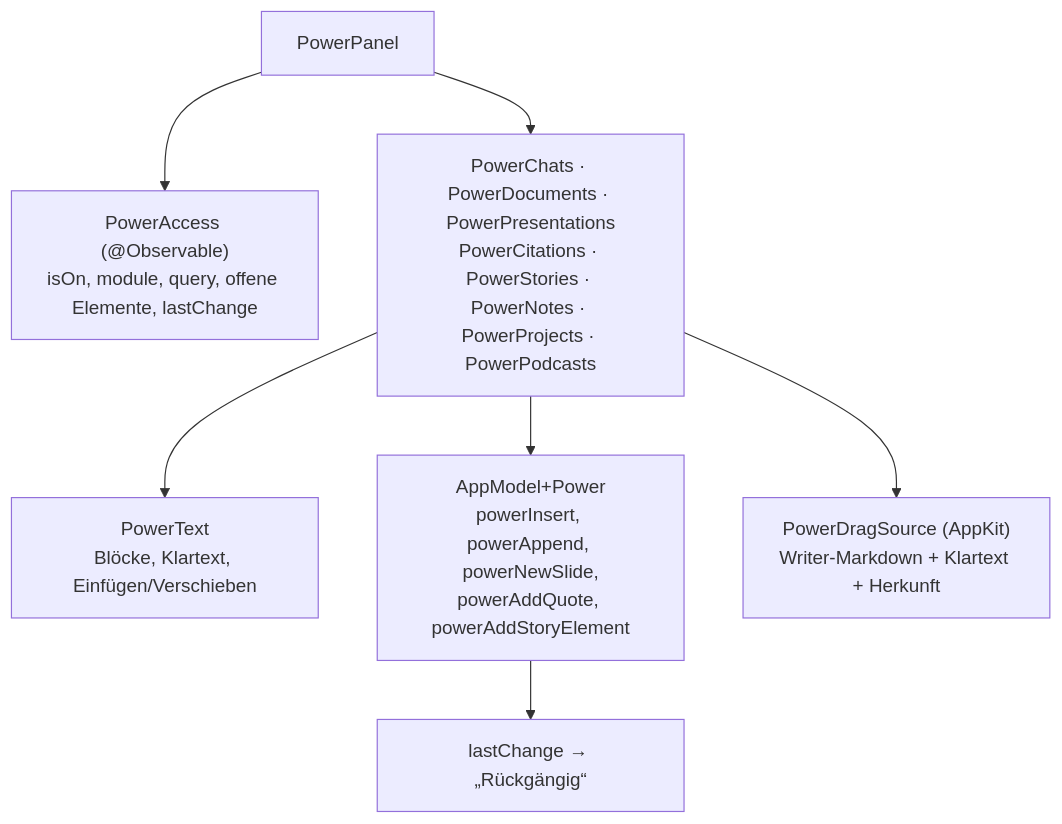
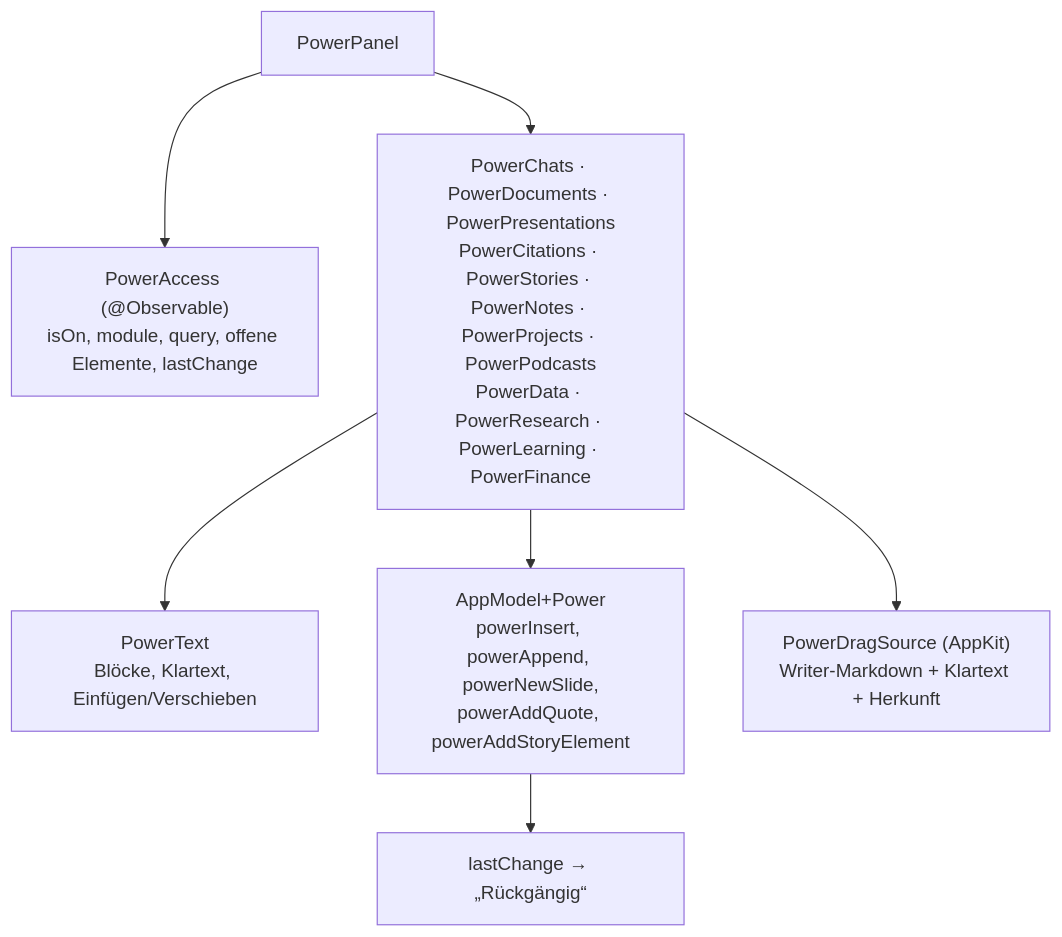
Before and after one commit to AlexEhrenberger/LLMDesigner: the seventh of 9 diagrams in docs/architektur.md, drawn with Mermaid. The commit also changed other lines of this file and 38 other files, not shown here.

````diff
--- a/docs/architektur.md
+++ b/docs/architektur.md
@@ -194,10 +195,10 @@
 ```mermaid
 flowchart TB
     PA["PowerAccess (@Observable)<br/>isOn, module, query, offene Elemente, lastChange"]
     PP["PowerPanel"] --> PA
-    PP --> MOD["PowerChats · PowerDocuments · PowerPresentations<br/>PowerCitations · PowerStories · PowerNotes · PowerProjects · PowerPodcasts"]
+    PP --> MOD["PowerChats · PowerDocuments · PowerPresentations<br/>PowerCitations · PowerStories · PowerNotes · PowerProjects · PowerPodcasts<br/>PowerData · PowerResearch · PowerLearning · PowerFinance"]
     MOD --> PT["PowerText<br/>Blöcke, Klartext, Einfügen/Verschieben"]
     MOD --> AMP["AppModel+Power<br/>powerInsert, powerAppend, powerNewSlide,<br/>powerAddQuote, powerAddStoryElement"]
     MOD --> DS["PowerDragSource (AppKit)<br/>Writer-Markdown + Klartext + Herkunft"]
     AMP --> UNDO["lastChange → „Rückgängig“"]
 ```
````
